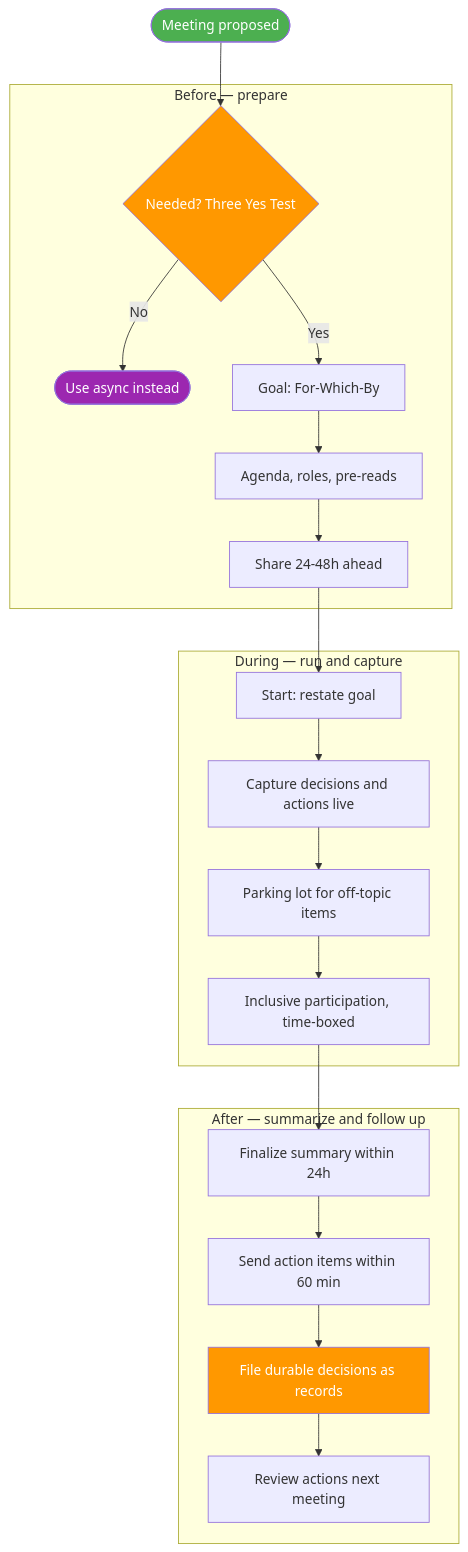
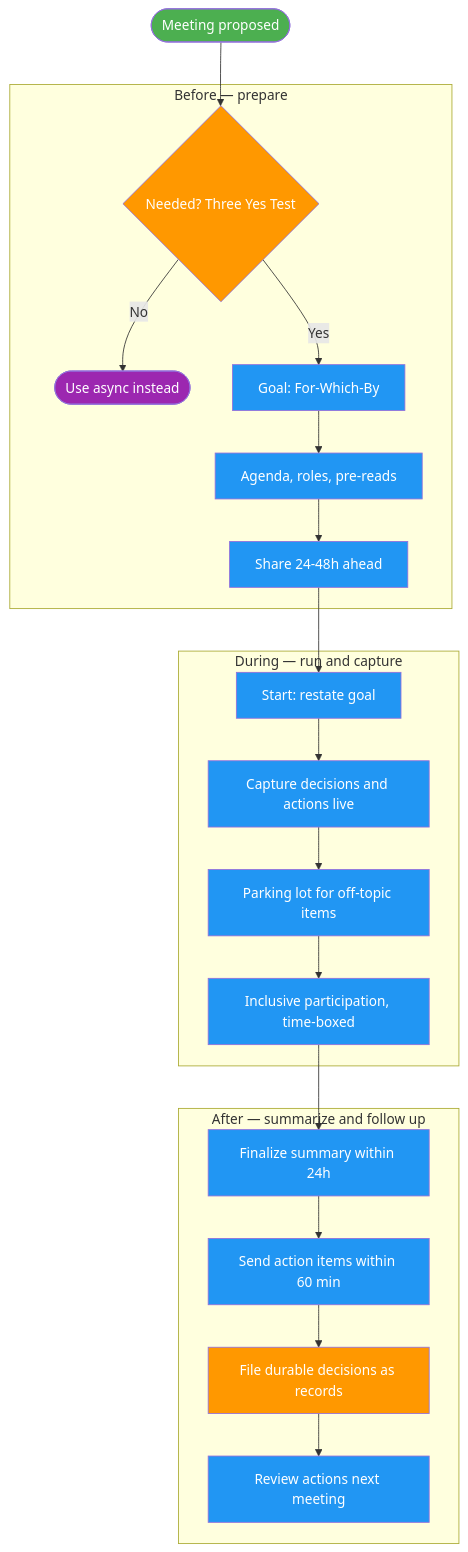
One commit to juliusz-cwiakalski/agentic-delivery-os changed the diagram in doc/guides/meeting-preparation-and-summarization.md. Above: the diagram before and after it, drawn with Mermaid. The commit also changed 3 other files, not shown here.

First line of the commit message:
docs(gh-85): harden lifecycle diagram + reconcile diagram legends per red-team R2

````diff
--- a/doc/guides/meeting-preparation-and-summarization.md
+++ b/doc/guides/meeting-preparation-and-summarization.md
@@ -17,29 +17,31 @@
 ```mermaid
 flowchart TD
     START([Meeting proposed]) --> B0
     subgraph Before["Before — prepare"]
         B0{"Needed? Three Yes Test"}
         B0 -->|No| SKIP([Use async instead])
         B0 -->|Yes| B1["Goal: For-Which-By"]
         B1 --> B2["Agenda, roles, pre-reads"]
         B2 --> B3["Share 24-48h ahead"]
     end
     B3 --> D0
     subgraph During["During — run and capture"]
         D0["Start: restate goal"]
         D0 --> D1["Capture decisions and actions live"]
         D1 --> D2["Parking lot for off-topic items"]
         D2 --> D3["Inclusive participation, time-boxed"]
     end
     D3 --> A0
     subgraph After["After — summarize and follow up"]
         A0["Finalize summary within 24h"]
         A0 --> A1["Send action items within 60 min"]
         A1 --> A2["File durable decisions as records"]
         A2 --> A3["Review actions next meeting"]
     end
     style START fill:#4CAF50,color:#fff
     style SKIP fill:#9C27B0,color:#fff
     style B0 fill:#FF9800,color:#fff
     style A2 fill:#FF9800,color:#fff
+    classDef step fill:#2196F3,color:#fff
+    class B1,B2,B3,D0,D1,D2,D3,A0,A1,A3 step
 ```
````
